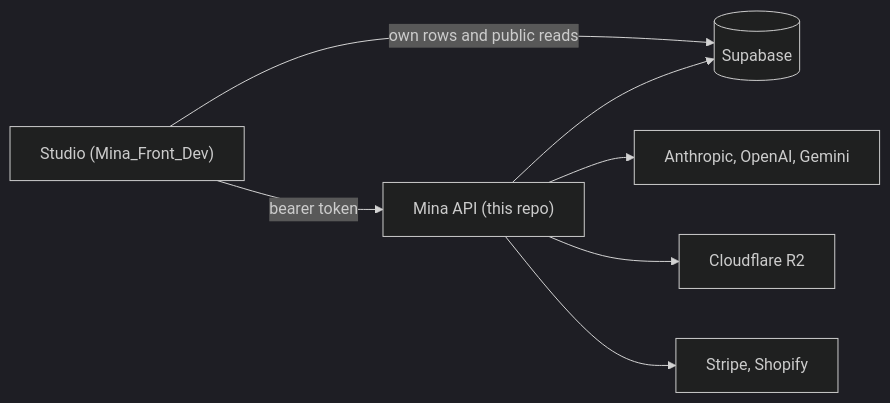
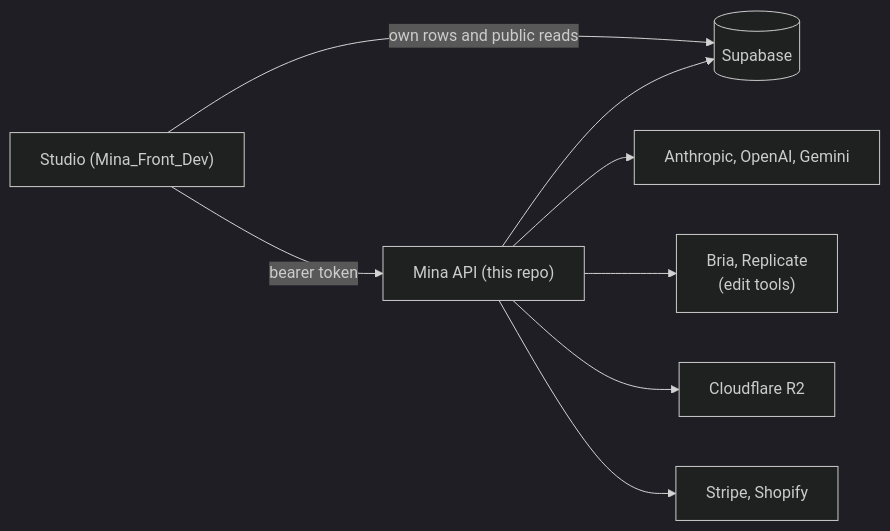
Before and after one commit to difool95/Mina_Back_Dev: the diagram in docs/README.md, drawn with Mermaid (dark theme). The commit also changed other lines of this file and 3 other files, not shown here.

Commit message:
Document the fingertips edit tools

````diff
--- a/docs/README.md
+++ b/docs/README.md
@@ -5,9 +5,10 @@
 ```mermaid
 flowchart LR
   Studio["Studio (Mina_Front_Dev)"] -->|"bearer token"| API["Mina API (this repo)"]
   Studio -->|"own rows and public reads"| DB[("Supabase")]
   API --> DB
   API --> AI["Anthropic, OpenAI, Gemini"]
+  API --> Edit["Bria, Replicate<br/>(edit tools)"]
   API --> R2["Cloudflare R2"]
   API --> Pay["Stripe, Shopify"]
 ```
````
